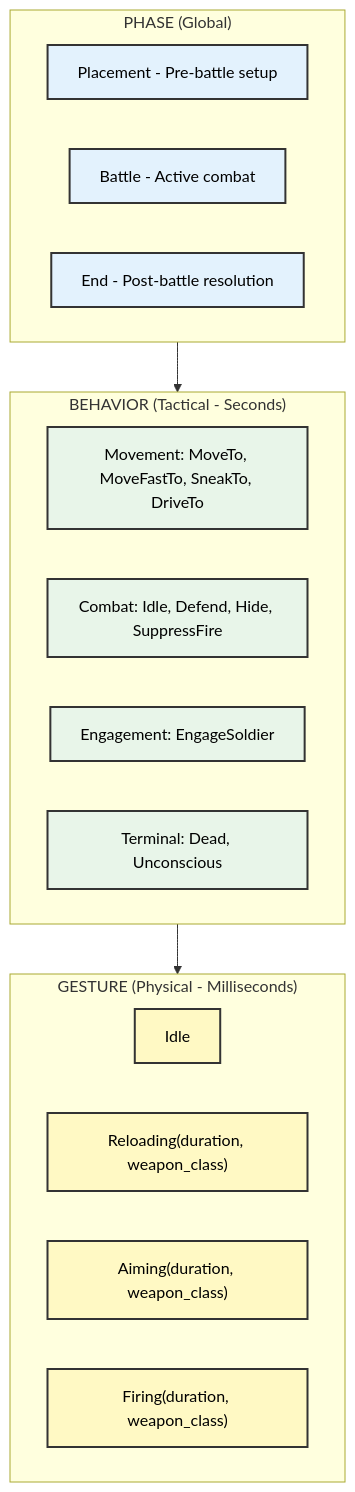
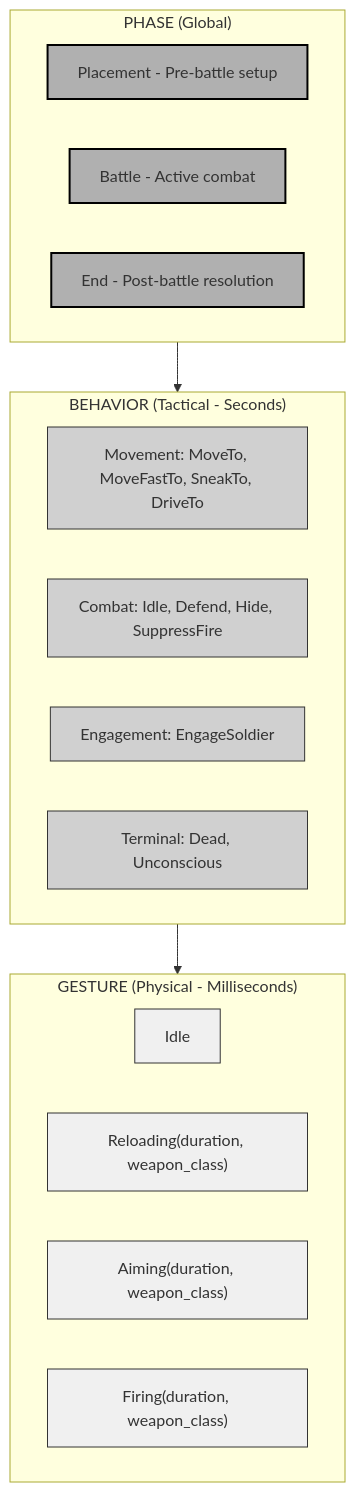
Before and after one commit to jukofyork/close-combat-architecture-study: the third of 6 diagrams in chapter_14_ai_systems.md, drawn with Mermaid. The commit also changed other lines of this file and 15 other files, not shown here.

````diff
--- a/chapter_14_ai_systems.md
+++ b/chapter_14_ai_systems.md
@@ -320,33 +320,34 @@
 ```mermaid
 flowchart TB
-    classDef phaseNode fill:#e3f2fd,stroke:#333,stroke-width:2px,color:#000
-    classDef behaviorNode fill:#e8f5e9,stroke:#333,stroke-width:2px,color:#000
-    classDef gestureNode fill:#fff9c4,stroke:#333,stroke-width:2px,color:#000
+    classDef default fill:#fff,stroke:#000,stroke-width:1px
+    classDef light fill:#f0f0f0,stroke:#333,stroke-width:1px
+    classDef medium fill:#d0d0d0,stroke:#333,stroke-width:1px
+    classDef dark fill:#b0b0b0,stroke:#000,stroke-width:2px
 
     subgraph PHASE["PHASE (Global)"]
         P1["Placement - Pre-battle setup"]
         P2["Battle - Active combat"]
         P3["End - Post-battle resolution"]
     end
 
     subgraph BEHAVIOR["BEHAVIOR (Tactical - Seconds)"]
         B1["Movement: MoveTo, MoveFastTo, SneakTo, DriveTo"]
         B2["Combat: Idle, Defend, Hide, SuppressFire"]
         B3["Engagement: EngageSoldier"]
         B4["Terminal: Dead, Unconscious"]
     end
 
     subgraph GESTURE["GESTURE (Physical - Milliseconds)"]
         G1["Idle"]
         G2["Reloading(duration, weapon_class)"]
         G3["Aiming(duration, weapon_class)"]
         G4["Firing(duration, weapon_class)"]
     end
 
     PHASE --> BEHAVIOR
     BEHAVIOR --> GESTURE
 
-    class P1,P2,P3 phaseNode
-    class B1,B2,B3,B4 behaviorNode
-    class G1,G2,G3,G4 gestureNode
+    class P1,P2,P3 dark
+    class B1,B2,B3,B4 medium
+    class G1,G2,G3,G4 light
 ```
````
